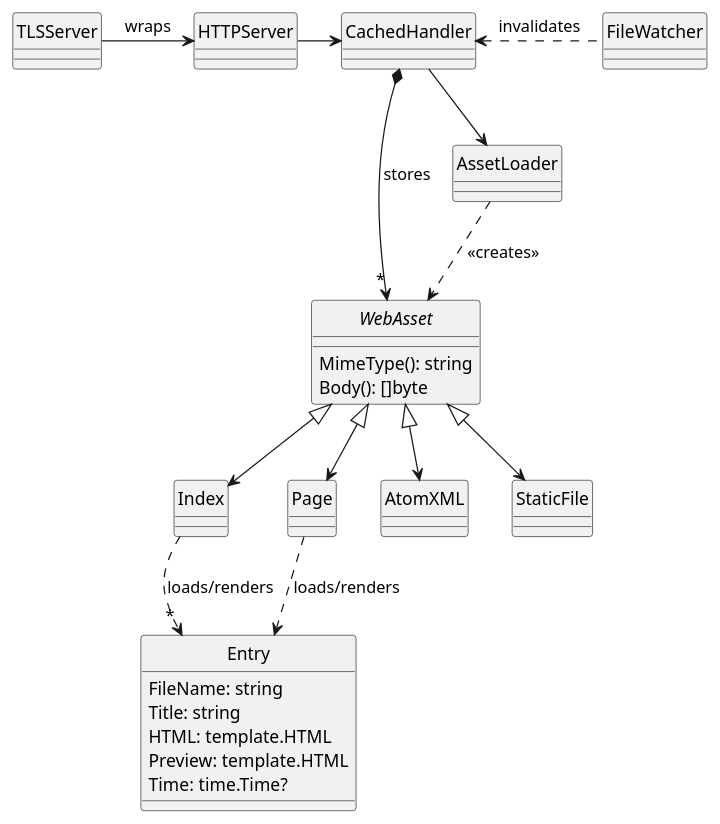
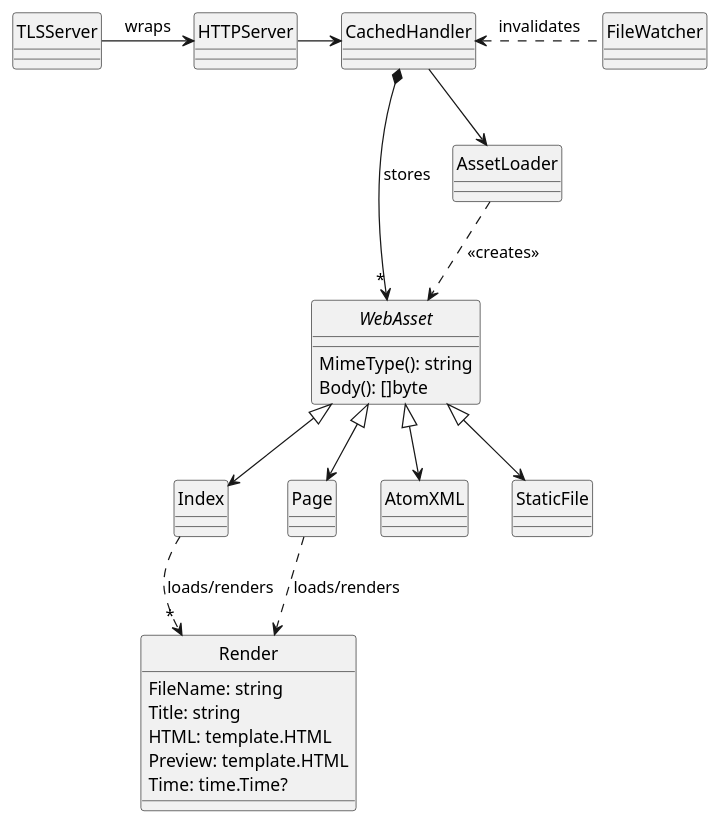
Before and after one commit to mariomac/goblog: the diagram in docs/arch_v2.puml, drawn with PlantUML. The commit also changed 6 other files, not shown here.

```diff
--- a/docs/arch_v2.puml
+++ b/docs/arch_v2.puml
@@ -1,32 +1,32 @@
 @startuml
 hide circle
 
-class Entry {
+class Render {
     FileName: string
     Title: string
     HTML: template.HTML
     Preview: template.HTML
     Time: time.Time?
 }
 
 interface WebAsset {
     MimeType(): string
     Body(): []byte
 }
 
 TLSServer -> HTTPServer: wraps
 HTTPServer -> CachedHandler
 CachedHandler *--> "*" WebAsset: stores
 CachedHandler --> AssetLoader
 AssetLoader ..> WebAsset: <<creates>>
 WebAsset <|--> Index
 WebAsset <|--> Page
 WebAsset <|--> AtomXML
 WebAsset <|--> StaticFile
 
-Index ..>"*" Entry: loads/renders
-Page ..> Entry: loads/renders
+Index ..>"*" Render: loads/renders
+Page ..> Render: loads/renders
 
 CachedHandler <. FileWatcher: invalidates
 
 @enduml
```
